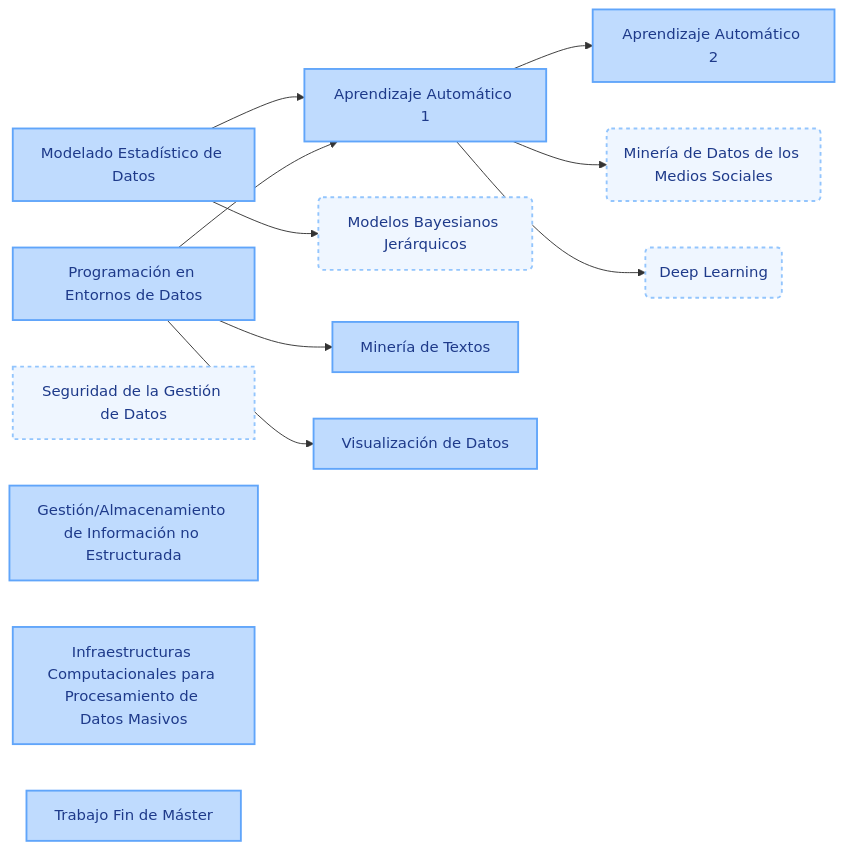
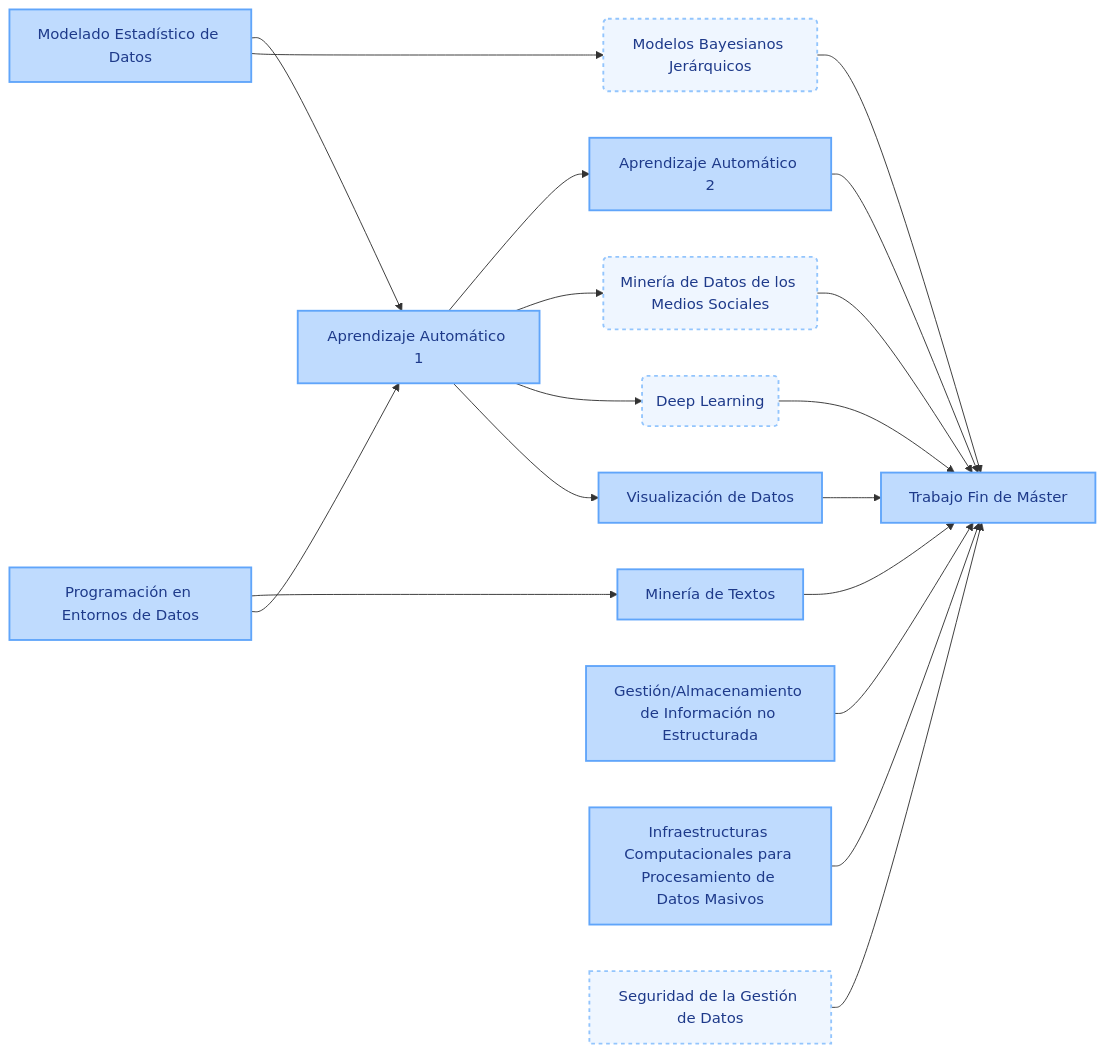
One commit to pmgallardo/apuntes-muicd-uned changed the diagram in master/README.md. Above: the diagram before and after it, drawn with Mermaid. The commit also changed other lines of this file, not shown here.

Commit message:
Dependencias asignaturas

````diff
--- a/master/README.md
+++ b/master/README.md
@@ -47,21 +47,26 @@
 ```mermaid
 graph LR
    MED[Modelado Estadístico de Datos] --> AAI[Aprendizaje Automático 1]
    MED --> MBJ(Modelos Bayesianos Jerárquicos)
    PED[Programación en Entornos de Datos] --> MT[Minería de Textos]
    PED --> AAI
-   PED --> VD[Visualización de Datos]
    AAI --> AAII[Aprendizaje Automático 2]
    AAI --> MDMS(Minería de Datos de los Medios Sociales)
    AAI --> DL(Deep Learning)
-   SGD[Seguridad de la Gestión de Datos]
-   GAINE[Gestión/Almacenamiento de Información no Estructurada]
-   ICPDM[Infraestructuras Computacionales para Procesamiento de Datos Masivos]
-   TFM[Trabajo Fin de Máster]
+   AAI --> VD[Visualización de Datos]
+   AAII --> TFM[Trabajo Fin de Máster]
+   GAINE[Gestión/Almacenamiento de Información no Estructurada] --> TFM
+   DL --> TFM
+   ICPDM[Infraestructuras Computacionales para Procesamiento de Datos Masivos] --> TFM
+   MBJ --> TFM
+   MDMS --> TFM
+   MT --> TFM
+   SGD[Seguridad de la Gestión de Datos] --> TFM
+   VD --> TFM
 
   classDef obligatoria fill:#bfdbfe,color:#1e3a8a,stroke:#60a5fa,stroke-width:2px;
   classDef optativa fill:#eff6ff,color:#1e3a8a,stroke:#93c5fd,stroke-width:2px,stroke-dasharray: 4 4;
     
   class DL,MBJ,MDMS,SGD optativa;
   class AAI,AAII,GAINE,ICPDM,MED,MT,PED,TFM,VD obligatoria;
 ```
````
